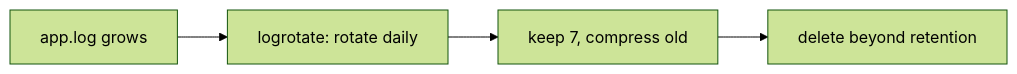
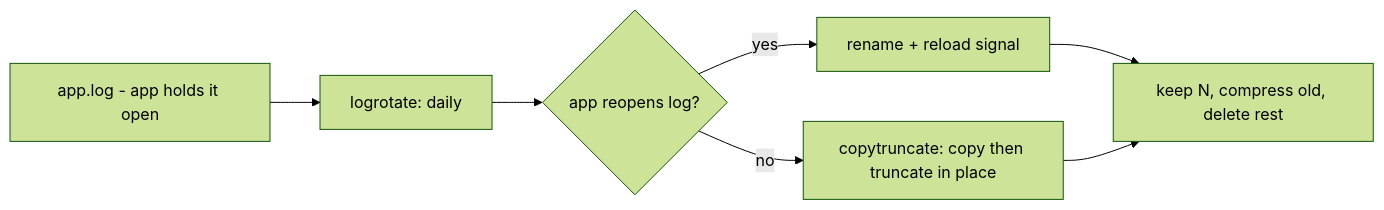
Before and after one commit to cloud-prakhar/learning-linux: the diagram in 08-storage-and-disk-management/log-cleanup-basics.md, drawn with Mermaid (forest theme). The commit also changed other lines of this file and 69 other files, not shown here.

````diff
--- a/08-storage-and-disk-management/log-cleanup-basics.md
+++ b/08-storage-and-disk-management/log-cleanup-basics.md
@@ -27,6 +35,8 @@
 ```mermaid
 flowchart LR
-    Log[app.log grows] --> Rotate[logrotate: rotate daily]
-    Rotate --> Keep[keep 7, compress old]
-    Keep --> Delete[delete beyond retention]
+    Log[app.log - app holds it open] --> Rotate[logrotate: daily]
+    Rotate --> How{app reopens log?}
+    How -->|yes| Sig[rename + reload signal]
+    How -->|no| CT[copytruncate: copy then truncate in place]
+    Sig & CT --> Keep[keep N, compress old, delete rest]
 ```
````
